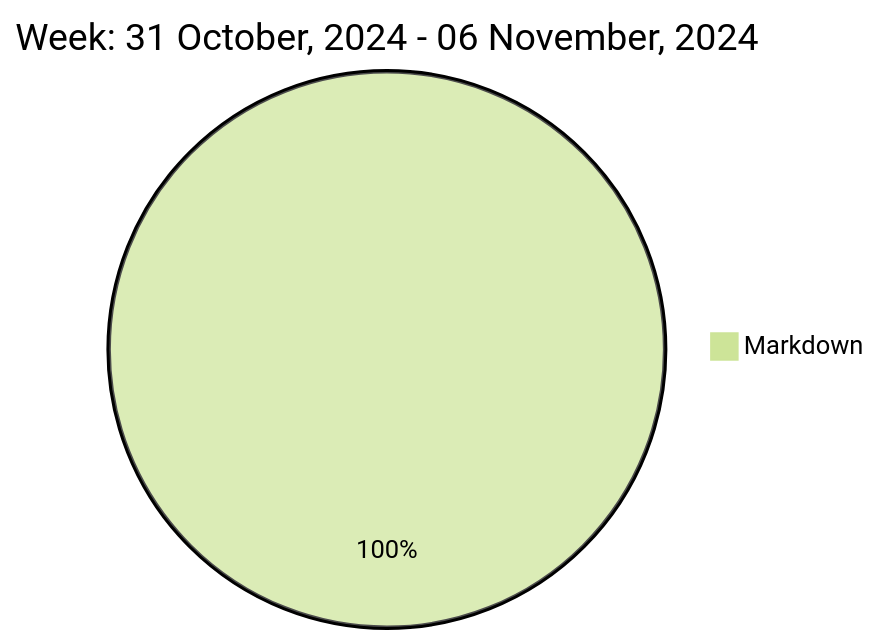
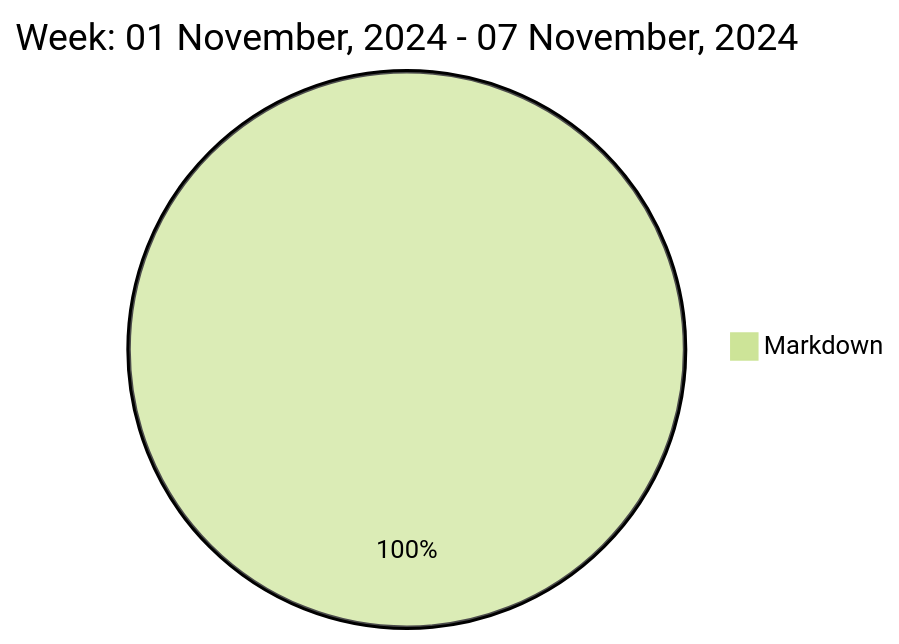
Before and after one commit to liubin95/liubin95: the diagram in README.md, drawn with Mermaid (forest theme).

Commit message:
Updated the Graph with new Metrics

````diff
--- a/README.md
+++ b/README.md
@@ -37,5 +37,5 @@
 ```mermaid
  pie
-title Week: 31 October, 2024 - 06 November, 2024
- "Markdown" : 2.5
+title Week: 01 November, 2024 - 07 November, 2024
+ "Markdown" : 3.17
 ```
````
